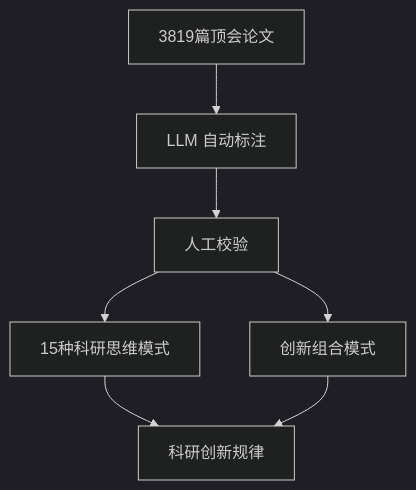
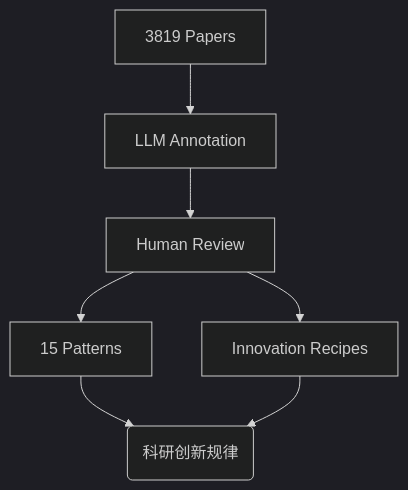
One commit to yiweinanzi/ai-research-ebook changed the first of 2 diagrams in src/content/docs/idea/projects.mdx. Above: the diagram before and after it, drawn with Mermaid (dark theme). The commit also changed other lines of this file and 12 other files, not shown here.

First line of the commit message:
fix: Mermaid diagrams - remove Chinese punctuation parsing issues

````diff
--- a/src/content/docs/idea/projects.mdx
+++ b/src/content/docs/idea/projects.mdx
@@ -20,10 +20,12 @@
 ```mermaid
 flowchart TD
-    A[3819篇顶会论文] --> B[LLM 自动标注]
-    B --> C[人工校验]
-    C --> D[15种科研思维模式]
-    C --> E[创新组合模式]
-    D --> F[科研创新规律]
+    A[3819 Papers] --> B[LLM Annotation]
+    B --> C[Human Review]
+    C --> D[15 Patterns]
+    C --> E[Innovation Recipes]
+    D --> F(科研创新规律)
     E --> F
 
+
+
 ```
````
